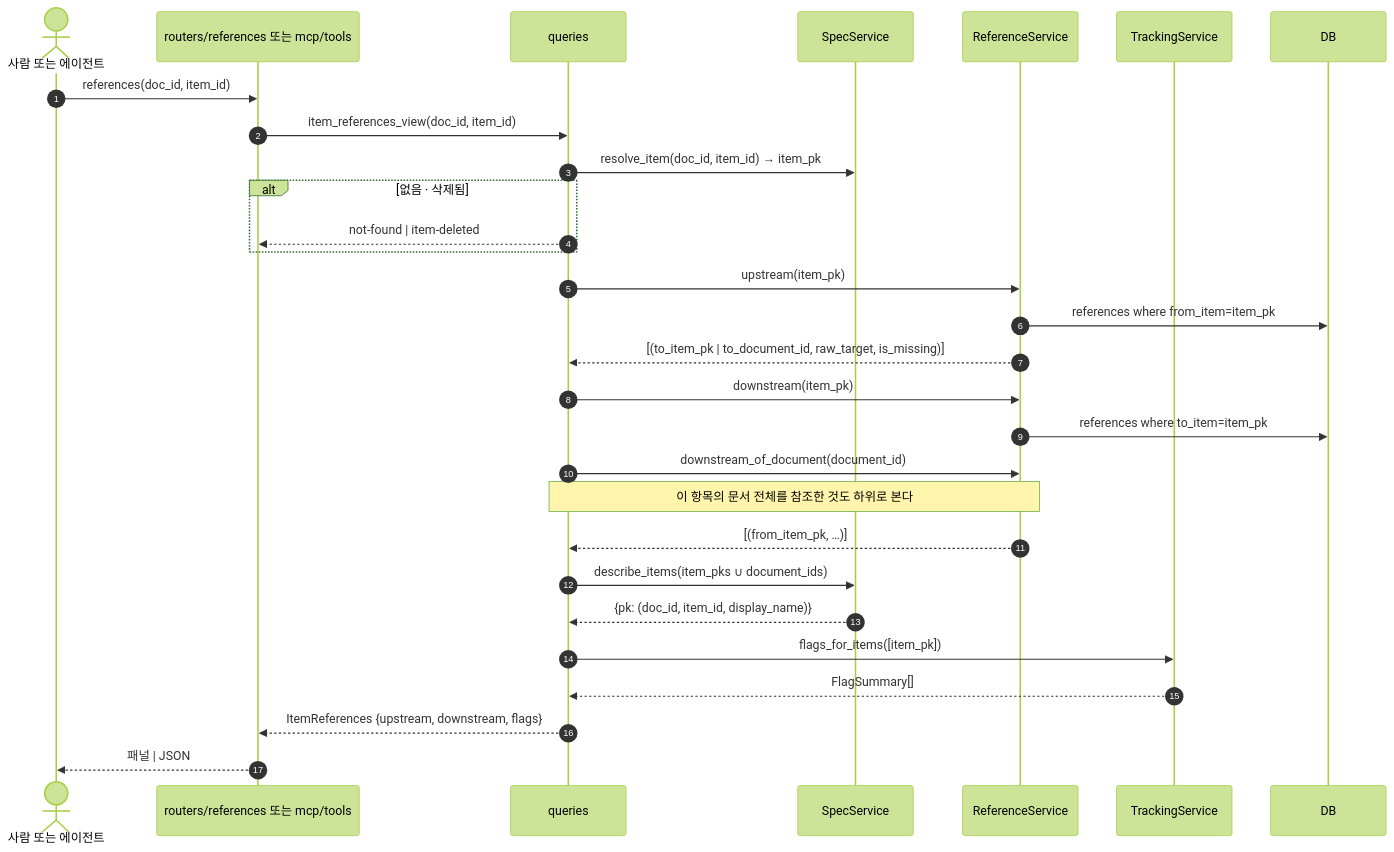
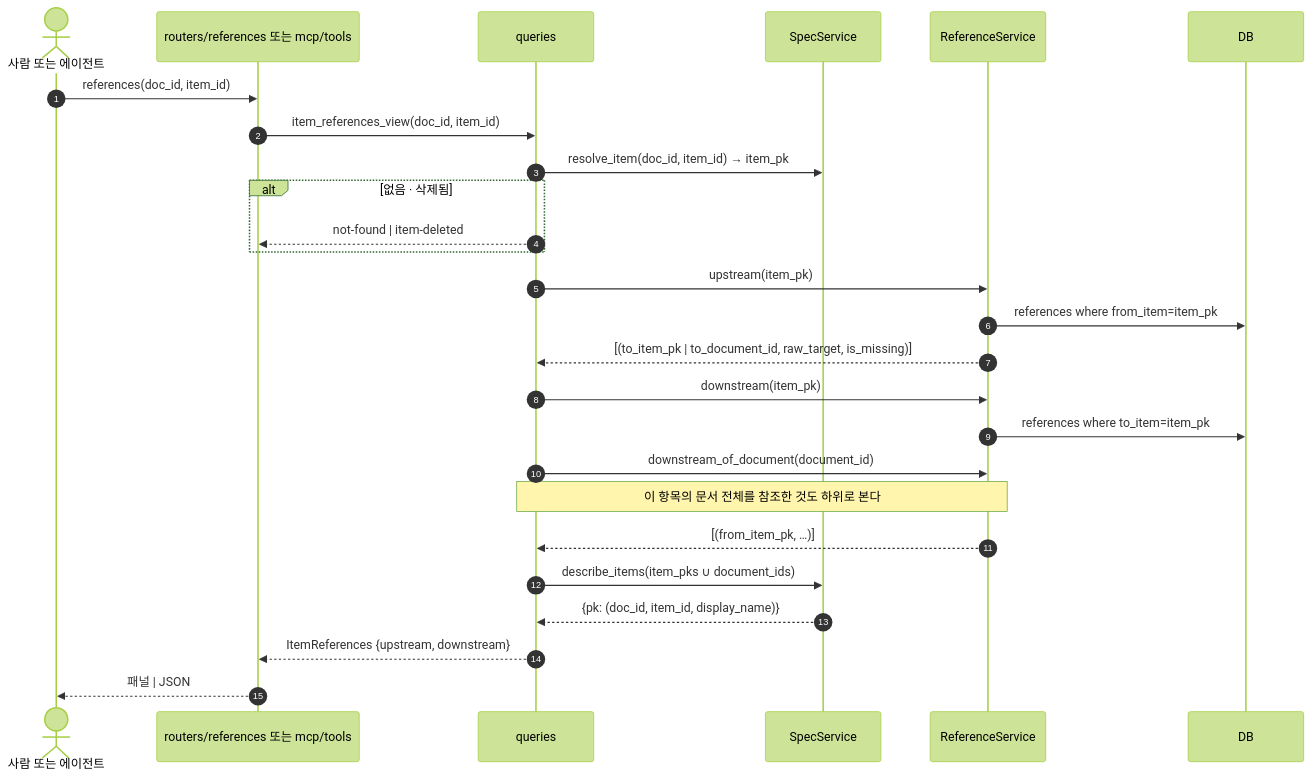
Diagram 11 of 22 in docs/specs/09-SEQ/SYNC-SEQ-001.md (HoyoungParkme/syncdoc), drawn with Mermaid (forest theme) before and after one commit. The commit also changed other lines of this file and 100 other files, not shown here.

````diff
--- a/docs/specs/09-SEQ/SYNC-SEQ-001.md
+++ b/docs/specs/09-SEQ/SYNC-SEQ-001.md
@@ -744,32 +585,29 @@
 ```mermaid
 sequenceDiagram
     autonumber
     actor A as 사람 또는 에이전트
     participant B as routers/references 또는 mcp/tools
     participant Q as queries
     participant S as SpecService
     participant R as ReferenceService
-    participant TR as TrackingService
     participant DB
 
     A->>B: references(doc_id, item_id)
     B->>Q: item_references_view(doc_id, item_id)
     Q->>S: resolve_item(doc_id, item_id) → item_pk
     alt 없음 · 삭제됨
         Q-->>B: not-found | item-deleted
     end
     Q->>R: upstream(item_pk)
     R->>DB: references where from_item=item_pk
     R-->>Q: [(to_item_pk | to_document_id, raw_target, is_missing)]
     Q->>R: downstream(item_pk)
     R->>DB: references where to_item=item_pk
     Q->>R: downstream_of_document(document_id)
     Note over Q,R: 이 항목의 문서 전체를 참조한 것도 하위로 본다
     R-->>Q: [(from_item_pk, …)]
     Q->>S: describe_items(item_pks ∪ document_ids)
     S-->>Q: {pk: (doc_id, item_id, display_name)}
-    Q->>TR: flags_for_items([item_pk])
-    TR-->>Q: FlagSummary[]
-    Q-->>B: ItemReferences {upstream, downstream, flags}
+    Q-->>B: ItemReferences {upstream, downstream}
     B-->>A: 패널 | JSON
 ```
````
